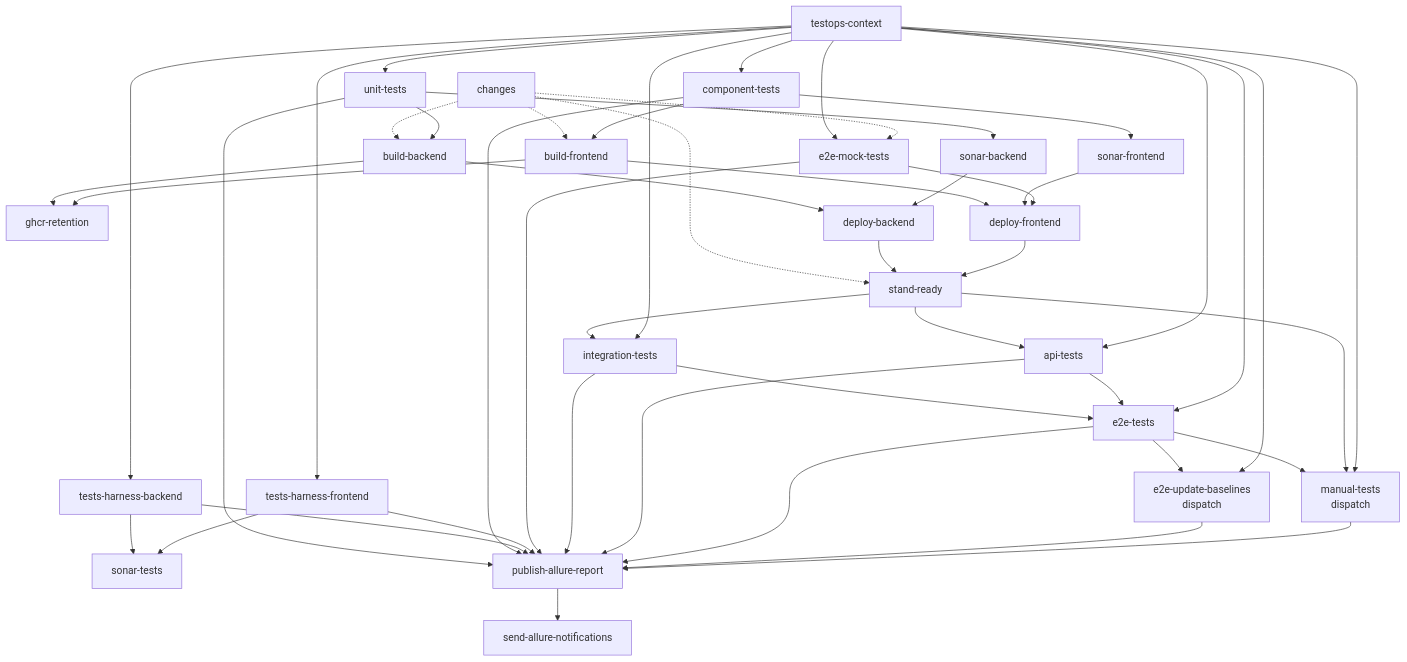
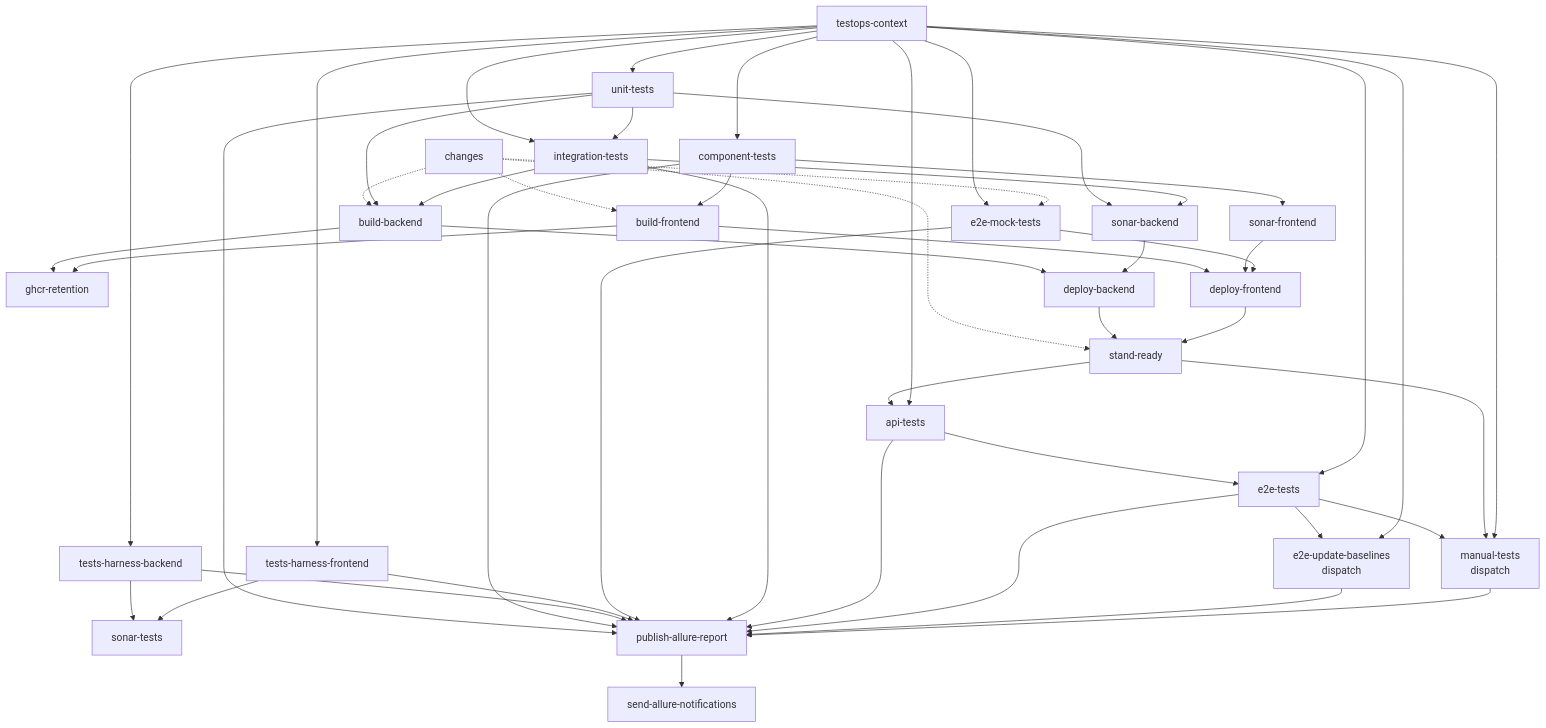
The diagram in README.md (autotests-ai/autotests-ai-multistack-app), drawn with Mermaid before and after one commit. The commit also changed other lines of this file and 3 other files, not shown here.

````diff
--- a/README.md
+++ b/README.md
@@ -77,53 +77,54 @@
 ```mermaid
 flowchart TB
   TOC[testops-context]
   CH[changes]
 
   TOC --> UNIT[unit-tests]
   TOC --> COMP[component-tests]
   TOC --> HB[tests-harness-backend]
   TOC --> HF[tests-harness-frontend]
   TOC --> MOCK[e2e-mock-tests]
+  TOC --> INT[integration-tests]
 
   CH -.-> MOCK
   CH -.-> BB
   CH -.-> BF
   CH -.-> READY
 
+  UNIT --> INT
   UNIT --> SB[sonar-backend]
+  INT --> SB
   COMP --> SF[sonar-frontend]
   HB --> ST[sonar-tests]
   HF --> ST
 
   UNIT --> BB[build-backend]
+  INT --> BB
   COMP --> BF[build-frontend]
   BB & BF --> GHCR[ghcr-retention]
 
   BB --> DB[deploy-backend]
   SB --> DB
 
   BF --> DF[deploy-frontend]
   SF --> DF
   MOCK --> DF
 
   DB --> READY[stand-ready]
   DF --> READY
 
-  READY --> INT[integration-tests]
   READY --> API[api-tests]
-  TOC --> INT
   TOC --> API
 
-  INT --> E2E[e2e-tests]
-  API --> E2E
+  API --> E2E[e2e-tests]
   TOC --> E2E
 
   E2E --> BASE[e2e-update-baselines<br/>dispatch]
   E2E --> MAN[manual-tests<br/>dispatch]
   READY --> MAN
   TOC --> BASE
   TOC --> MAN
 
   UNIT & COMP & HB & HF & MOCK & INT & API & E2E & BASE & MAN --> PUB[publish-allure-report]
   PUB --> NTF[send-allure-notifications]
 ```
````
